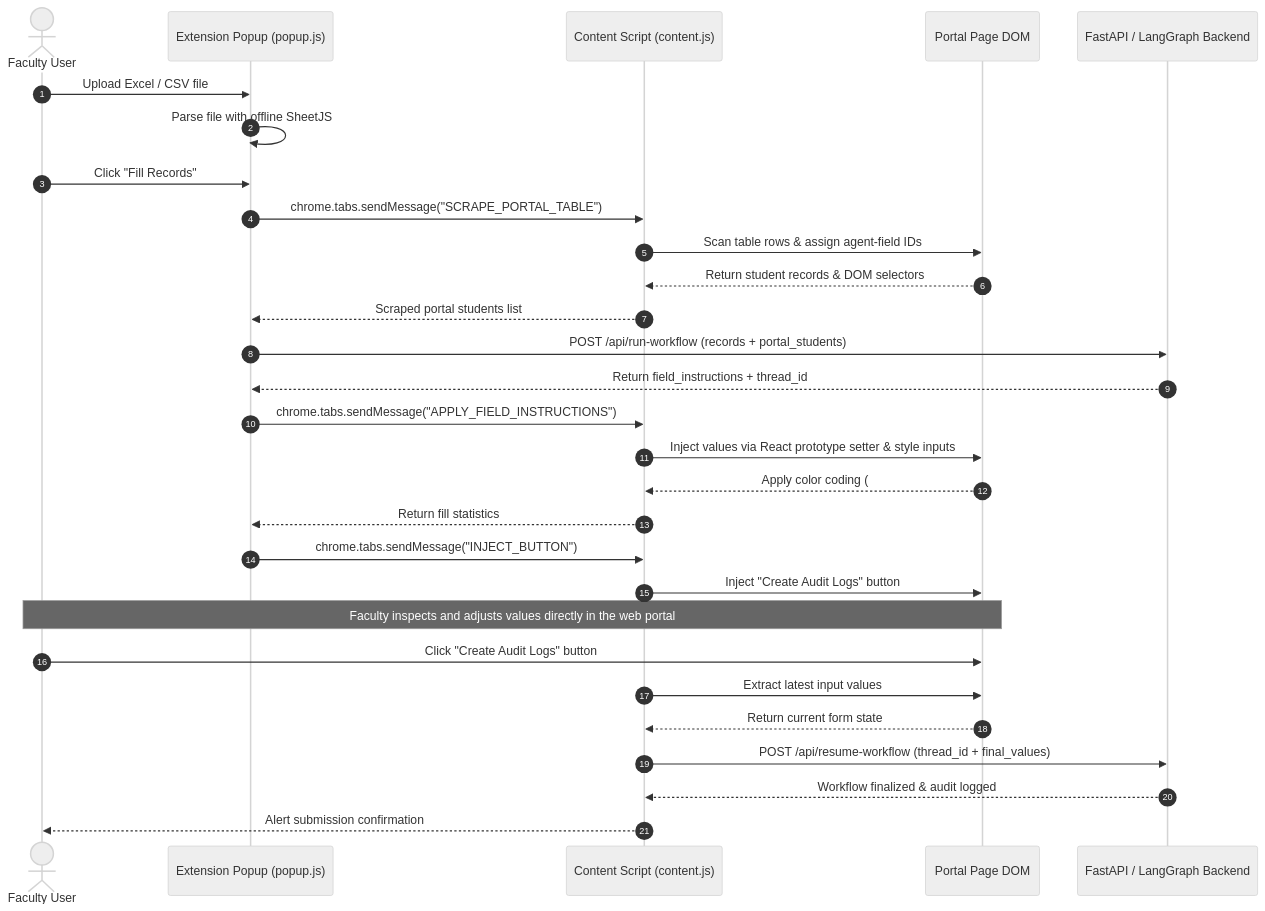
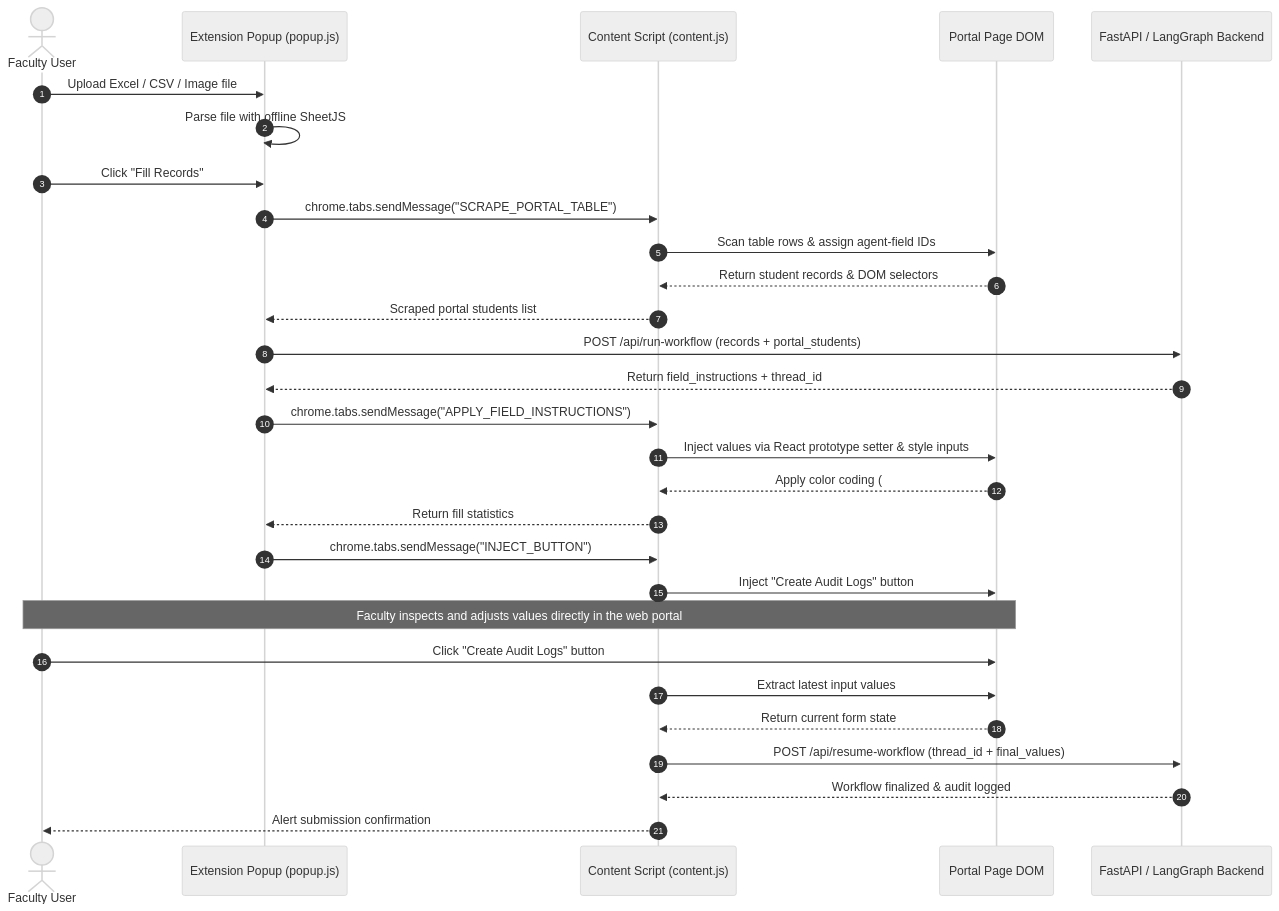
Before and after one commit to abhi-rajput-KRP/IP_Portal_Automation: the diagram in AutomationExtention/README.md, drawn with Mermaid (neutral theme). The commit also changed other lines of this file and 3 other files, not shown here.

````diff
--- a/AutomationExtention/README.md
+++ b/AutomationExtention/README.md
@@ -11,39 +11,39 @@
 ```mermaid
 sequenceDiagram
     autonumber
     actor Faculty as Faculty User
     participant Popup as Extension Popup (popup.js)
     participant Content as Content Script (content.js)
     participant DOM as Portal Page DOM
     participant Backend as FastAPI / LangGraph Backend
 
-    Faculty->>Popup: Upload Excel / CSV file
+    Faculty->>Popup: Upload Excel / CSV / Image file
     Popup->>Popup: Parse file with offline SheetJS
     Faculty->>Popup: Click "Fill Records"
     
     Popup->>Content: chrome.tabs.sendMessage("SCRAPE_PORTAL_TABLE")
     Content->>DOM: Scan table rows & assign agent-field IDs
     DOM-->>Content: Return student records & DOM selectors
     Content-->>Popup: Scraped portal students list
     
     Popup->>Backend: POST /api/run-workflow (records + portal_students)
     Backend-->>Popup: Return field_instructions + thread_id
     
     Popup->>Content: chrome.tabs.sendMessage("APPLY_FIELD_INSTRUCTIONS")
     Content->>DOM: Inject values via React prototype setter & style inputs
     DOM-->>Content: Apply color coding (#e6ffe6, #eec890, #ee9090)
     Content-->>Popup: Return fill statistics
     
     Popup->>Content: chrome.tabs.sendMessage("INJECT_BUTTON")
     Content->>DOM: Inject "Create Audit Logs" button
     
     Note over Faculty,DOM: Faculty inspects and adjusts values directly in the web portal
     
     Faculty->>DOM: Click "Create Audit Logs" button
     Content->>DOM: Extract latest input values
     DOM-->>Content: Return current form state
     
     Content->>Backend: POST /api/resume-workflow (thread_id + final_values)
     Backend-->>Content: Workflow finalized & audit logged
     Content-->>Faculty: Alert submission confirmation
 ```
````
